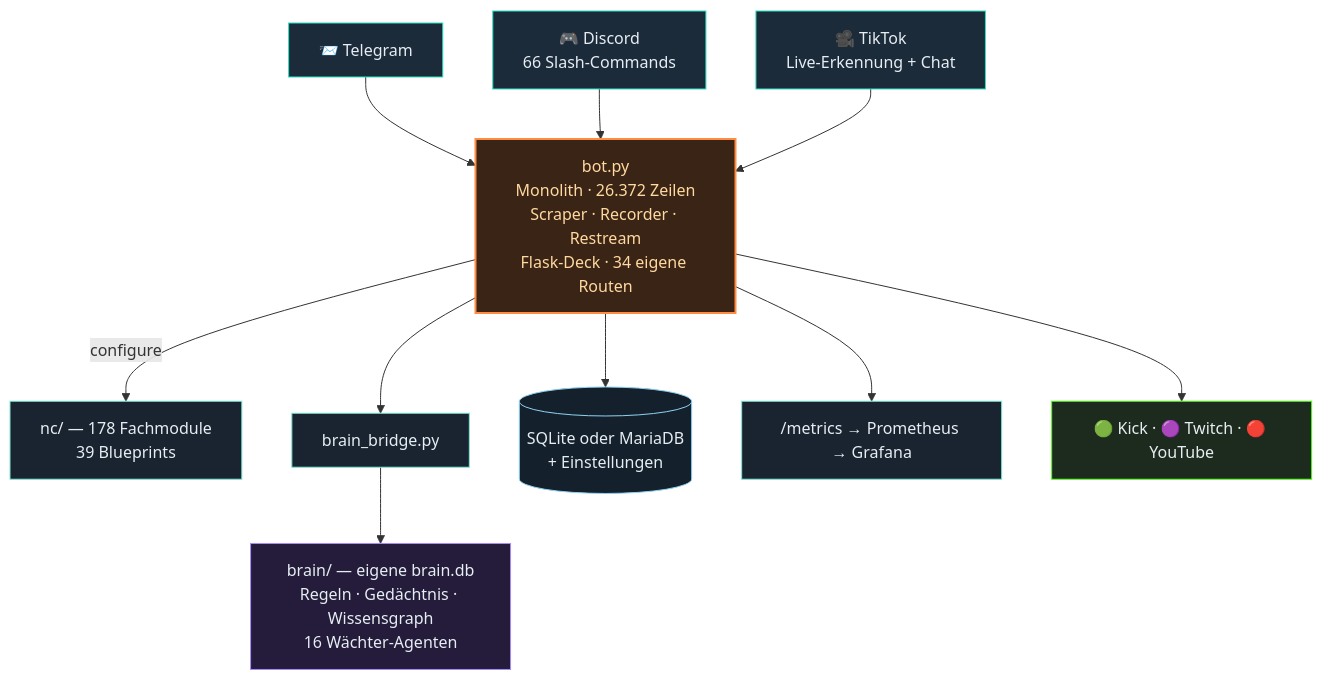
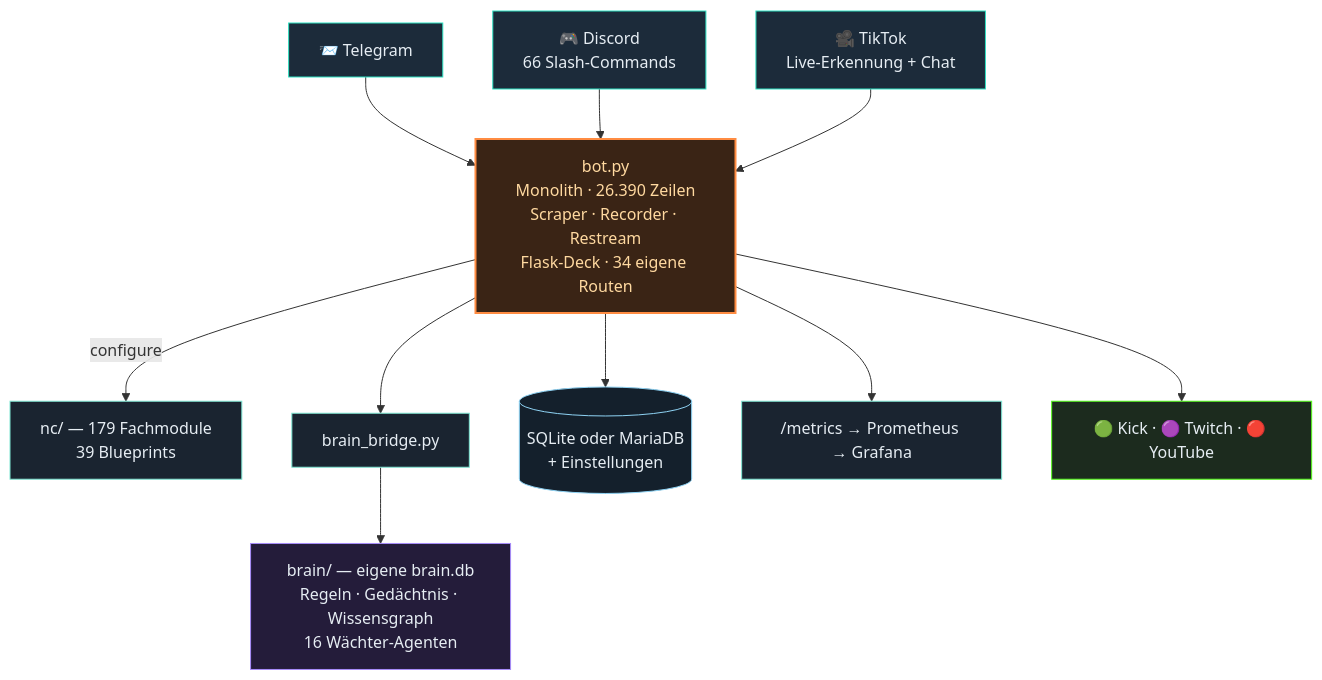
Before and after one commit to itsamemedev/Telegram-Stream-Info-Bot: the second of 3 diagrams in README.md, drawn with Mermaid. The commit also changed other lines of this file and 26 other files, not shown here.

````diff
--- a/README.md
+++ b/README.md
@@ -118,19 +118,19 @@
 ```mermaid
 flowchart TB
     TG["📨 Telegram"]:::ein --> BOT
     DC["🎮 Discord<br/>66 Slash-Commands"]:::ein --> BOT
     TT["🎥 TikTok<br/>Live-Erkennung + Chat"]:::ein --> BOT
-    BOT["bot.py<br/>Monolith · 26.372 Zeilen<br/>Scraper · Recorder · Restream<br/>Flask-Deck · 34 eigene Routen"]:::core
-    BOT -->|configure| NC["nc/ — 178 Fachmodule<br/>39 Blueprints"]:::lib
+    BOT["bot.py<br/>Monolith · 26.390 Zeilen<br/>Scraper · Recorder · Restream<br/>Flask-Deck · 34 eigene Routen"]:::core
+    BOT -->|configure| NC["nc/ — 179 Fachmodule<br/>39 Blueprints"]:::lib
     BOT --> BR["brain_bridge.py"]:::lib
     BR --> BRAIN["brain/ — eigene brain.db<br/>Regeln · Gedächtnis · Wissensgraph<br/>16 Wächter-Agenten"]:::brain
     BOT --> DB[("SQLite oder MariaDB<br/>+ Einstellungen")]:::db
     BOT --> PROM["/metrics → Prometheus → Grafana"]:::lib
     BOT --> OUT["🟢 Kick · 🟣 Twitch · 🔴 YouTube"]:::out
     classDef ein fill:#1c2b3a,stroke:#2de1c2,color:#e6edf3
     classDef core fill:#3a2415,stroke:#ff8c42,stroke-width:2px,color:#ffd9a0
     classDef lib fill:#1a2430,stroke:#7fe7d4,color:#e6edf3
     classDef brain fill:#241c3a,stroke:#a78bfa,color:#e6edf3
     classDef db fill:#14202c,stroke:#8fd3f4,color:#e6edf3
     classDef out fill:#1c2b1e,stroke:#53fc18,color:#e6edf3
 ```
````
